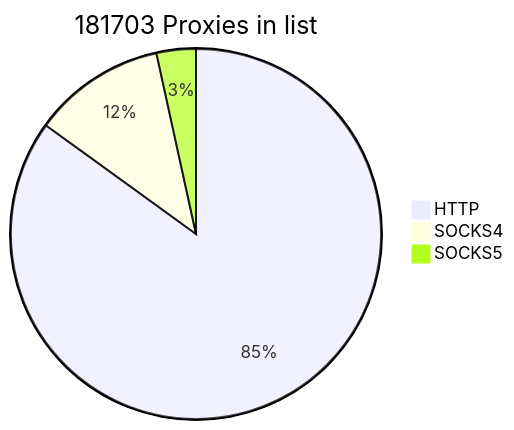
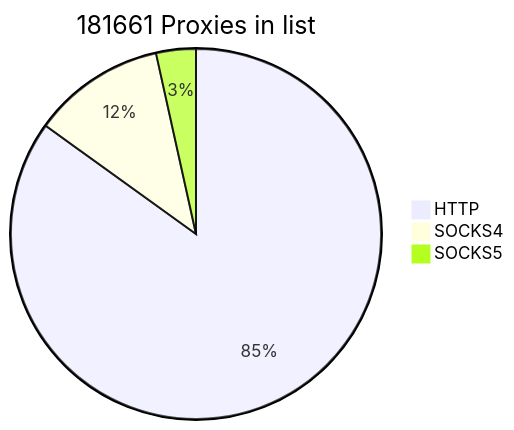
Before and after one commit to cutipu/proxylist: the first of 2 diagrams in README.md, drawn with Mermaid. The commit also changed other lines of this file, not shown here.

````diff
--- a/README.md
+++ b/README.md
@@ -2,7 +2,7 @@
 ```mermaid
-pie title 181703 Proxies in list
-    "HTTP" : 154392
-    "SOCKS4" : 21071
-    "SOCKS5" : 6240
+pie title 181661 Proxies in list
+    "HTTP" : 154291
+    "SOCKS4" : 21070
+    "SOCKS5" : 6300
             
 ```
````
